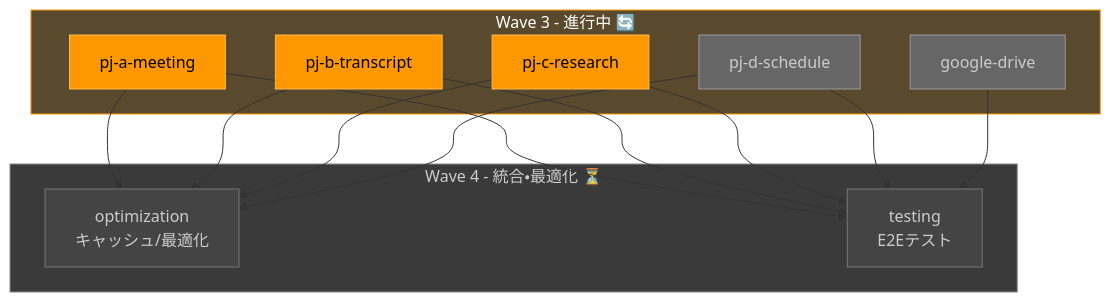
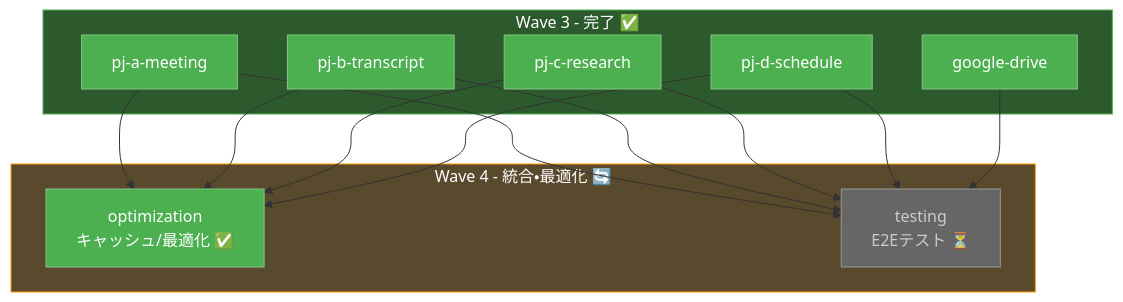
Before and after one commit to langcore-org/united-productions-web: the fourth of 5 diagrams in docs/initial_dev/agent-swarm-guide.md, drawn with Mermaid. The commit also changed other lines of this file and 11 other files, not shown here.

````diff
--- a/docs/initial_dev/agent-swarm-guide.md
+++ b/docs/initial_dev/agent-swarm-guide.md
@@ -213,35 +215,35 @@
 ```mermaid
 flowchart TD
-    subgraph Wave3["Wave 3 - 進行中 🔄"]
+    subgraph Wave3["Wave 3 - 完了 ✅"]
         I[pj-a-meeting]
         J[pj-b-transcript]
         K[pj-c-research]
         L[pj-d-schedule]
         M[google-drive]
     end
     
-    subgraph Wave4["Wave 4 - 統合・最適化 ⏳"]
-        N[optimization<br/>キャッシュ/最適化]
-        O[testing<br/>E2Eテスト]
+    subgraph Wave4["Wave 4 - 統合・最適化 🔄"]
+        N[optimization<br/>キャッシュ/最適化 ✅]
+        O[testing<br/>E2Eテスト ⏳]
     end
     
     I --> N
     J --> N
     K --> N
     L --> N
     I --> O
     J --> O
     K --> O
     L --> O
     M --> O
     
-    style Wave3 fill:#5a4a2d,stroke:#ff9800,color:#fff
-    style Wave4 fill:#3a3a3a,stroke:#888,color:#ccc
-    style I fill:#ff9800,stroke:#ffb74d,color:#000
-    style J fill:#ff9800,stroke:#ffb74d,color:#000
-    style K fill:#ff9800,stroke:#ffb74d,color:#000
-    style L fill:#666,stroke:#999,color:#ccc
-    style M fill:#666,stroke:#999,color:#ccc
-    style N fill:#444,stroke:#777,color:#ccc
-    style O fill:#444,stroke:#777,color:#ccc
+    style Wave3 fill:#2d5a2d,stroke:#4caf50,color:#fff
+    style Wave4 fill:#5a4a2d,stroke:#ff9800,color:#fff
+    style I fill:#4caf50,stroke:#81c784,color:#fff
+    style J fill:#4caf50,stroke:#81c784,color:#fff
+    style K fill:#4caf50,stroke:#81c784,color:#fff
+    style L fill:#4caf50,stroke:#81c784,color:#fff
+    style M fill:#4caf50,stroke:#81c784,color:#fff
+    style N fill:#4caf50,stroke:#81c784,color:#fff
+    style O fill:#666,stroke:#999,color:#ccc
 ```
````
